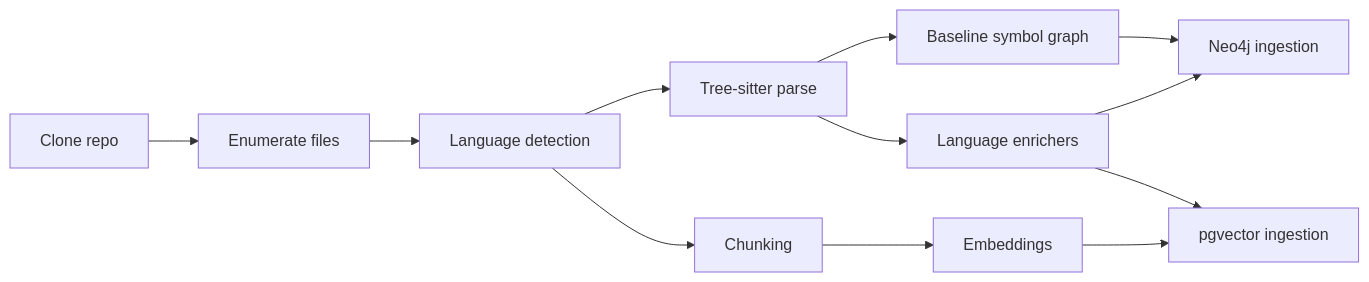
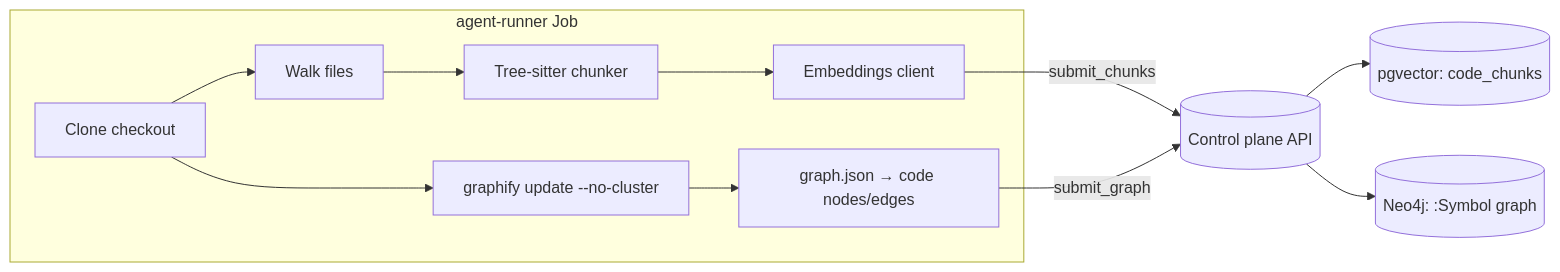
Before and after one commit to vymalo/lightbridge-code-intelligence: the diagram in docs/indexing-and-storage.md, drawn with Mermaid. The commit also changed other lines of this file and 14 other files, not shown here.

First line of the commit message:
docs: refresh core docs to the current architecture (native agent, two-tier, SAST, reconciler) (#238)

````diff
--- a/docs/indexing-and-storage.md
+++ b/docs/indexing-and-storage.md
@@ -24,14 +14,14 @@
 ```mermaid
 flowchart LR
-  A[Clone repo] --> B[Enumerate files]
-  B --> C[Language detection]
-  C --> D[Tree-sitter parse]
-  D --> E[Baseline symbol graph]
-  C --> F[Chunking]
-  F --> G[Embeddings]
-  E --> H[Neo4j ingestion]
-  G --> I[pgvector ingestion]
-  D --> J[Language enrichers]
-  J --> H
-  J --> I
+  subgraph Runner["agent-runner Job"]
+    A[Clone checkout] --> B[Walk files]
+    B --> C[Tree-sitter chunker]
+    C --> D[Embeddings client]
+    A --> G[graphify update --no-cluster]
+    G --> H[graph.json → code nodes/edges]
+  end
+  D -- submit_chunks --> CP[(Control plane API)]
+  H -- submit_graph --> CP
+  CP --> PG[(pgvector: code_chunks)]
+  CP --> NEO[(Neo4j: :Symbol graph)]
 ```
````
